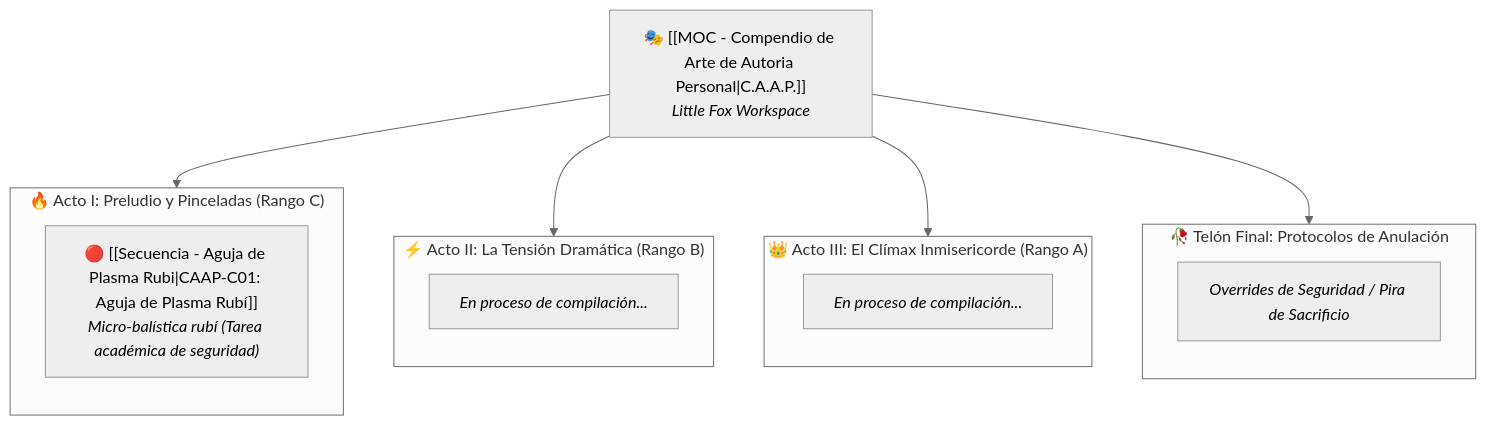
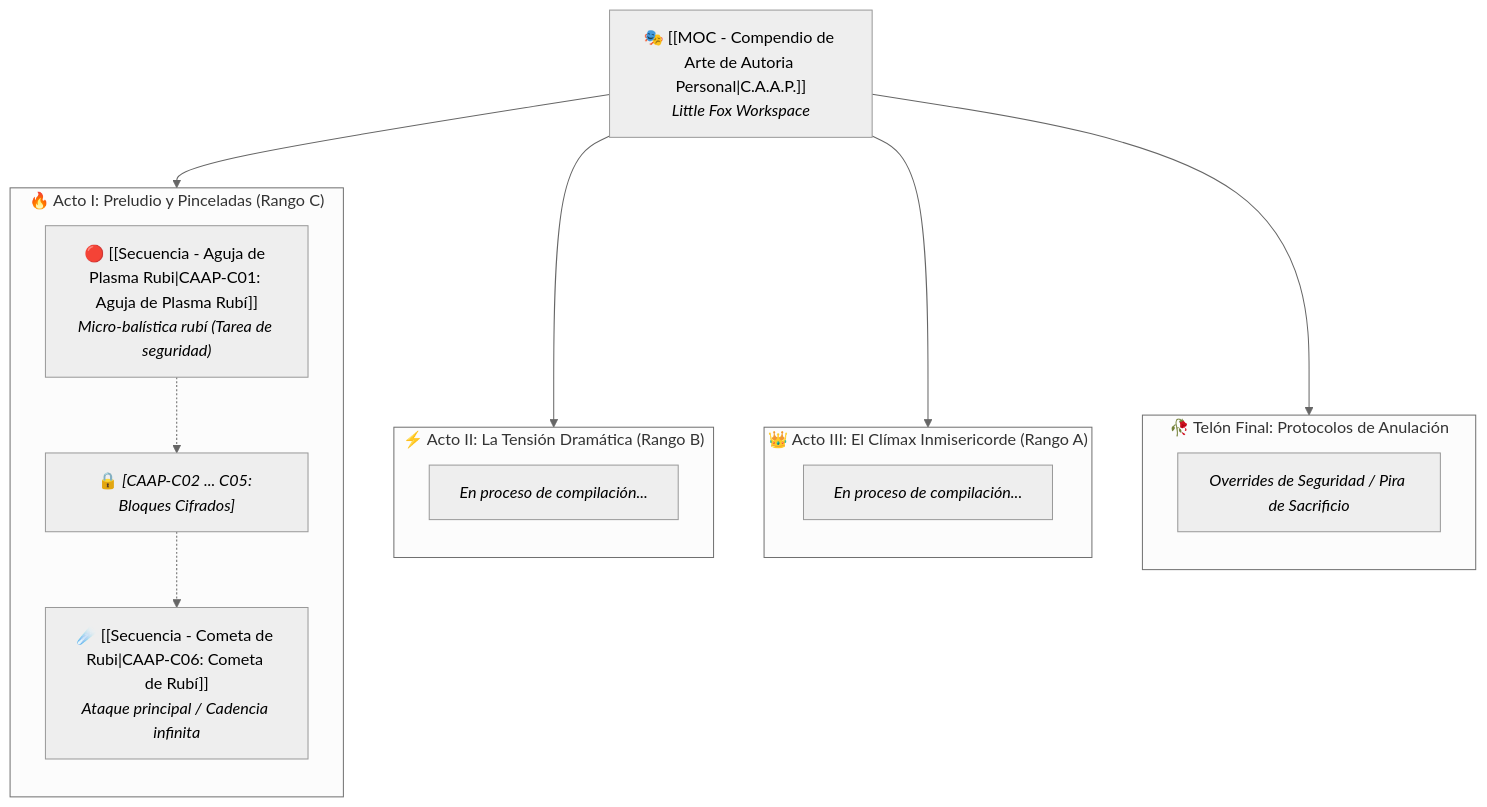
Before and after one commit to Gimsper/NeoterraVault: the diagram in personaje/CAAP - Compendio Arte Autoria Personal/MOC - Compendio de Arte de Autoria Personal.md, drawn with Mermaid (neutral theme). The commit also changed other lines of this file and 12 other files, not shown here.

Commit message:
feat(personaje): agregar Cometa de Rubi (CAAP-C06), archivos cifrados, assets e integrar libreria RuneScript.Core.Math

````diff
--- a/personaje/CAAP - Compendio Arte Autoria Personal/MOC - Compendio de Arte de Autoria Personal.md
+++ b/personaje/CAAP - Compendio Arte Autoria Personal/MOC - Compendio de Arte de Autoria Personal.md
@@ -61,29 +61,32 @@
 ```mermaid
 flowchart TD
     MOC["🎭 [[MOC - Compendio de Arte de Autoria Personal|C.A.A.P.]]<br/><i>Little Fox Workspace</i>"]
     
     subgraph ActoI ["🔥 Acto I: Preludio y Pinceladas (Rango C)"]
         direction TB
-        C1["🔴 [[Secuencia - Aguja de Plasma Rubi|CAAP-C01: Aguja de Plasma Rubí]]<br/><i>Micro-balística rubí (Tarea académica de seguridad)</i>"]
+        C1["🔴 [[Secuencia - Aguja de Plasma Rubi|CAAP-C01: Aguja de Plasma Rubí]]<br/><i>Micro-balística rubí (Tarea de seguridad)</i>"]
+        C_BLUR["🔒 <i>[CAAP-C02 ... C05: Bloques Cifrados]</i>"]
+        C6["☄️ [[Secuencia - Cometa de Rubi|CAAP-C06: Cometa de Rubí]]<br/><i>Ataque principal / Cadencia infinita</i>"]
+        C1 -.-> C_BLUR -.-> C6
     end
     
     subgraph ActoII ["⚡ Acto II: La Tensión Dramática (Rango B)"]
         direction TB
         B1["<i>En proceso de compilación...</i>"]
     end
 
     subgraph ActoIII ["👑 Acto III: El Clímax Inmisericorde (Rango A)"]
         direction TB
         A1["<i>En proceso de compilación...</i>"]
     end
 
     subgraph Bis ["🥀 Telón Final: Protocolos de Anulación"]
         direction TB
         O1["<i>Overrides de Seguridad / Pira de Sacrificio</i>"]
     end
 
     MOC --> ActoI
     MOC --> ActoII
     MOC --> ActoIII
     MOC --> Bis
 ```
````
